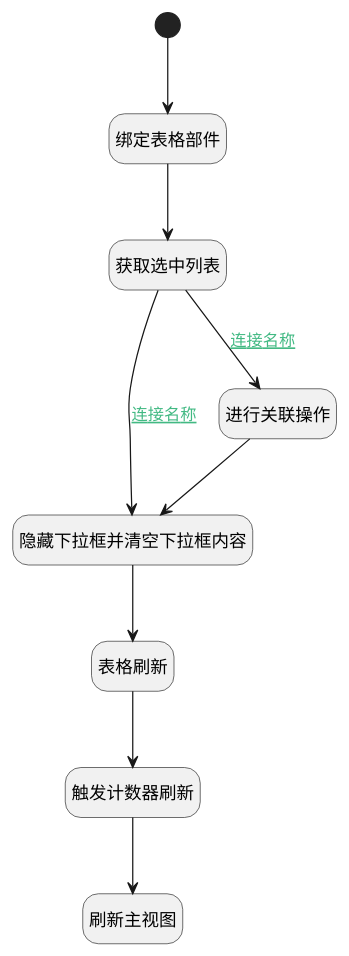
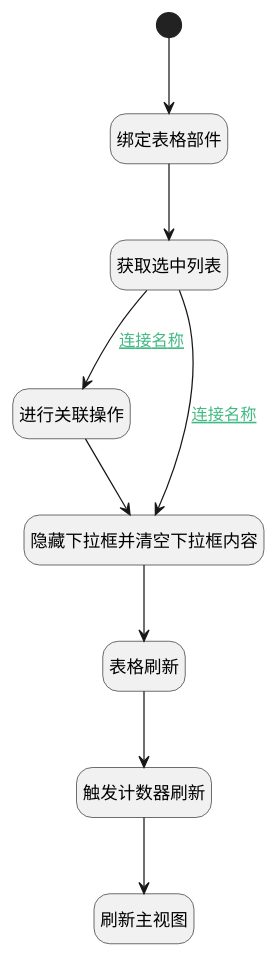
Before and after one commit to iBizLab/plm: the diagram in doc/docsify/module/ProdMgmt/customer/uilogic/idea_relation_customer.md, drawn with PlantUML. The commit also changed other lines of this file and 1276 other files, not shown here.

````diff
--- a/doc/docsify/module/ProdMgmt/customer/uilogic/idea_relation_customer.md
+++ b/doc/docsify/module/ProdMgmt/customer/uilogic/idea_relation_customer.md
@@ -7,32 +7,32 @@
 ```plantuml
 @startuml
 hide footbox
 <style>
 root {
   HyperlinkColor #42b983
 }
 </style>
 
 hide empty description
 state "开始" as Begin <<start>> [[$./idea_relation_customer#begin {开始}]]
+state "绑定表格部件" as PREPAREJSPARAM1  [[$./idea_relation_customer#preparejsparam1 {绑定表格部件}]]
+state "触发计数器刷新" as RAWJSCODE3  [[$./idea_relation_customer#rawjscode3 {触发计数器刷新}]]
+state "刷新主视图" as RAWJSCODE4  [[$./idea_relation_customer#rawjscode4 {刷新主视图}]]
+state "进行关联操作" as DEACTION1  [[$./idea_relation_customer#deaction1 {进行关联操作}]]
+state "隐藏下拉框并清空下拉框内容" as RAWJSCODE1  [[$./idea_relation_customer#rawjscode1 {隐藏下拉框并清空下拉框内容}]]
 state "表格刷新" as VIEWCTRLINVOKE1  [[$./idea_relation_customer#viewctrlinvoke1 {表格刷新}]]
-state "绑定表格部件" as PREPAREJSPARAM1  [[$./idea_relation_customer#preparejsparam1 {绑定表格部件}]]
-state "隐藏下拉框并清空下拉框内容" as RAWJSCODE1  [[$./idea_relation_customer#rawjscode1 {隐藏下拉框并清空下拉框内容}]]
-state "刷新主视图" as RAWJSCODE4  [[$./idea_relation_customer#rawjscode4 {刷新主视图}]]
-state "触发计数器刷新" as RAWJSCODE3  [[$./idea_relation_customer#rawjscode3 {触发计数器刷新}]]
 state "获取选中列表" as RAWJSCODE2  [[$./idea_relation_customer#rawjscode2 {获取选中列表}]]
-state "进行关联操作" as DEACTION1  [[$./idea_relation_customer#deaction1 {进行关联操作}]]
 
 
 Begin --> PREPAREJSPARAM1
 PREPAREJSPARAM1 --> RAWJSCODE2
 RAWJSCODE2 --> DEACTION1 : [[$./idea_relation_customer#rawjscode2-deaction1{连接名称} 连接名称]]
 DEACTION1 --> RAWJSCODE1
 RAWJSCODE1 --> VIEWCTRLINVOKE1
 VIEWCTRLINVOKE1 --> RAWJSCODE3
 RAWJSCODE3 --> RAWJSCODE4
 RAWJSCODE2 --> RAWJSCODE1 : [[$./idea_relation_customer#rawjscode2-rawjscode1{连接名称} 连接名称]]
 
 
 @enduml
 ```
````
